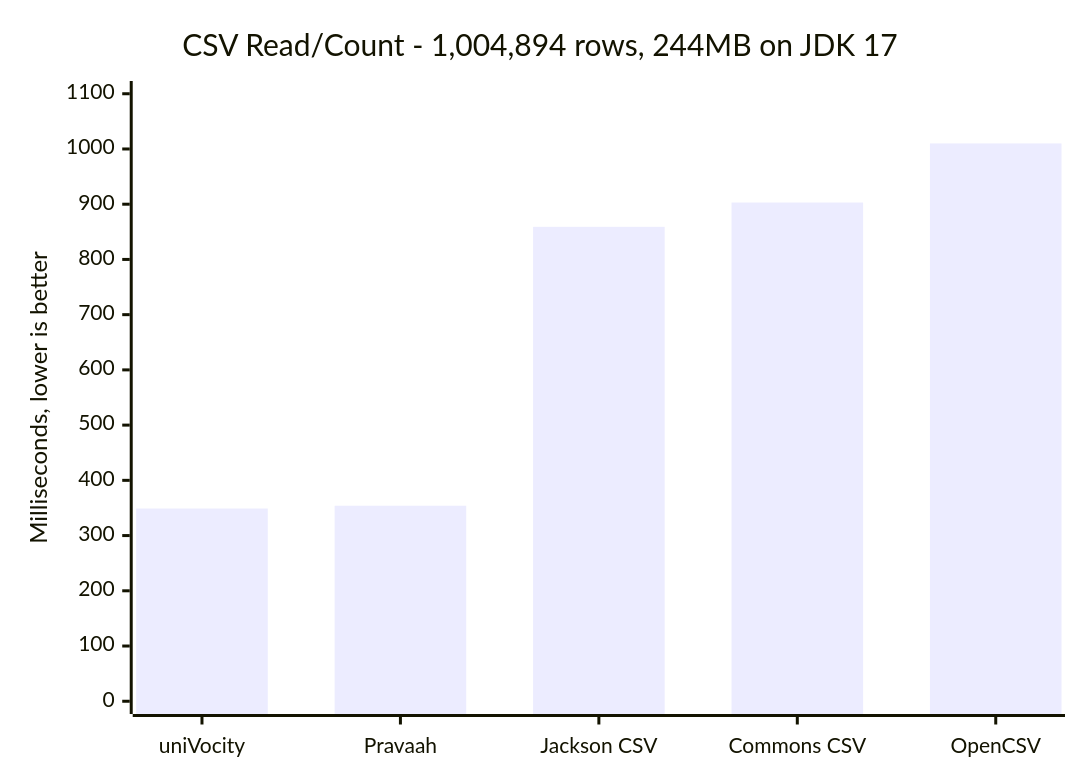
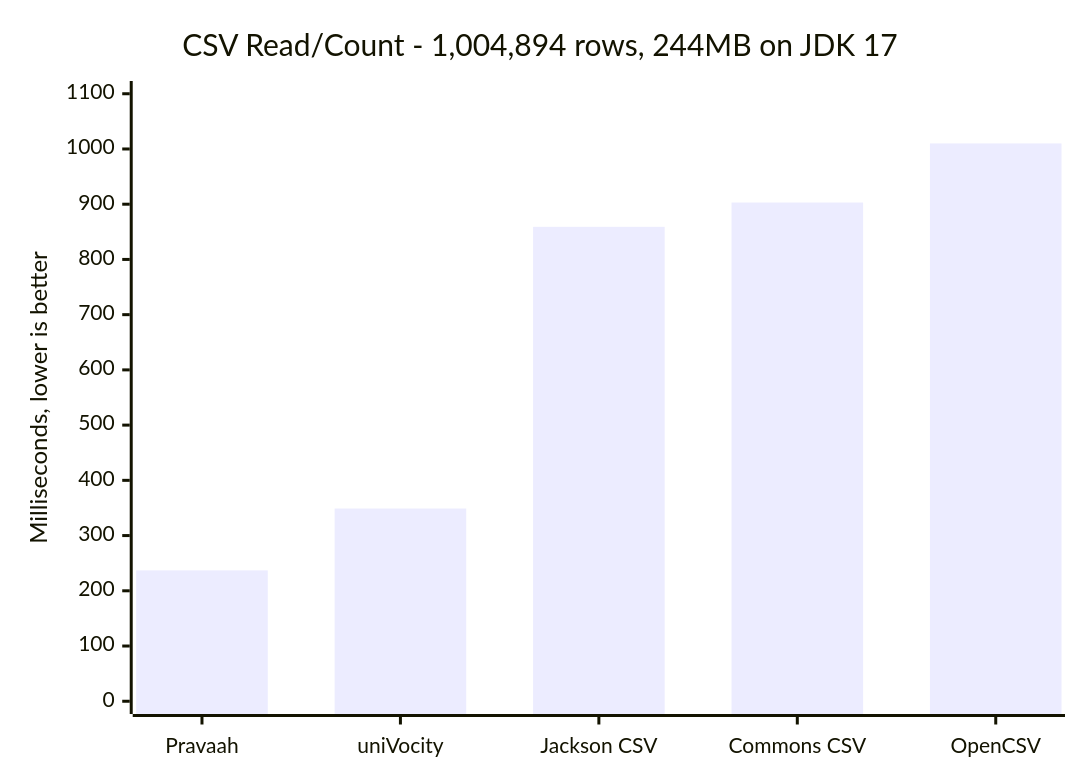
The second of 6 diagrams in README.md (beingmartinbmc/pravaah-java), drawn with Mermaid before and after one commit. The commit also changed other lines of this file and 19 other files, not shown here.

````diff
--- a/README.md
+++ b/README.md
@@ -373,7 +373,7 @@
 ```mermaid
 xychart-beta
     title "CSV Read/Count - 1,004,894 rows, 244MB on JDK 17"
-    x-axis ["uniVocity", "Pravaah", "Jackson CSV", "Commons CSV", "OpenCSV"]
+    x-axis ["Pravaah", "uniVocity", "Jackson CSV", "Commons CSV", "OpenCSV"]
     y-axis "Milliseconds, lower is better" 0 --> 1100
-    bar [349, 354, 859, 903, 1010]
+    bar [237, 349, 859, 903, 1010]
 ```
````
